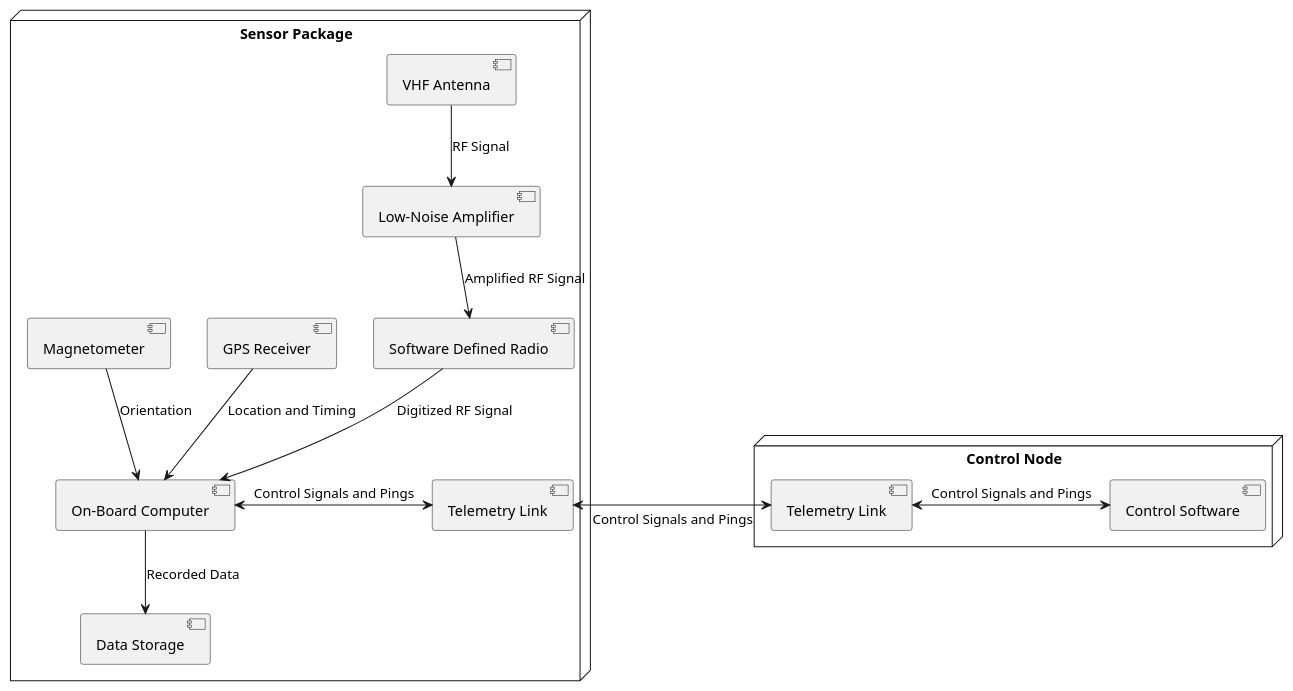
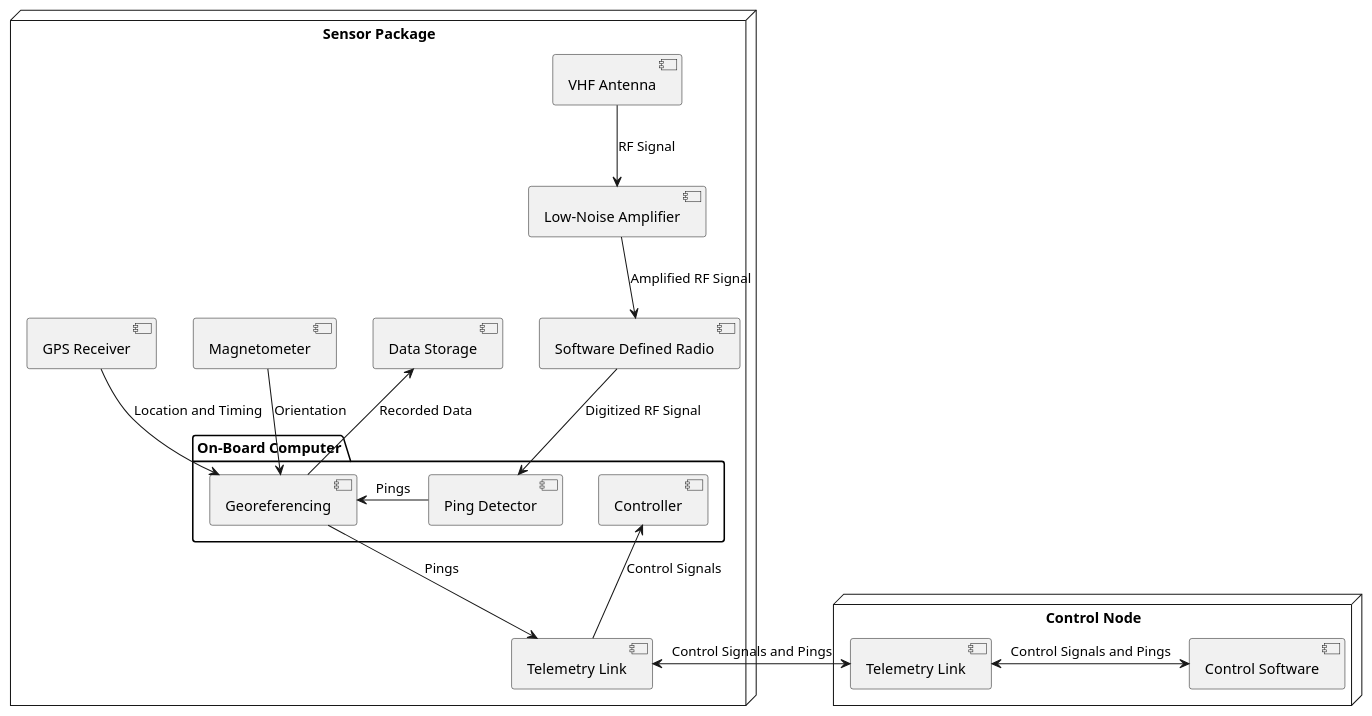
Before and after one commit to UCSD-E4E/radio-telemetry-tracker-docs: the first of 2 diagrams in notebook/system_components.md, drawn with PlantUML. The commit also changed 1 other file, not shown here.

Commit message:
feat: Updates diagrams, updates .gitignore

````diff
--- a/notebook/system_components.md
+++ b/notebook/system_components.md
@@ -3,32 +3,38 @@
 ```plantuml
 @startuml Functional System Components
 node "Sensor Package" {
-  [On-Board Computer] as obc
   [Software Defined Radio] as sdr
   [Low-Noise Amplifier] as lna
   [VHF Antenna] as ant
-  [Telemetry Link] as node_telem
   [Data Storage] as recorder
   [GPS Receiver] as gps
   [Magnetometer] as compass
+  package "On-Board Computer" {
+    [Ping Detector] as detector
+    [Georeferencing] as georeferencing
+    [Controller] as controller
+  }
+  [Telemetry Link] as node_telem
 
   ant --> lna : RF Signal
   lna --> sdr : Amplified RF Signal
-  sdr --> obc : Digitized RF Signal
-  gps --> obc : Location and Timing
-  compass --> obc : Orientation
-  obc <-> node_telem : Control Signals and Pings
-  obc --> recorder : Recorded Data
+  sdr --> detector : Digitized RF Signal
+  detector -> georeferencing : Pings
+  gps --> georeferencing : Location and Timing
+  compass --> georeferencing : Orientation
+  georeferencing -r-> node_telem : Pings
+  node_telem -u-> controller : Control Signals
+  georeferencing -u-> recorder : Recorded Data
 }
 
 node "Control Node" {
   [Control Software] as gcs
   [Telemetry Link] as gcs_telem
 
   gcs_telem <-> gcs : Control Signals and Pings
 }
 
-node_telem <-> gcs_telem : Control Signals and Pings
+node_telem <-l-> gcs_telem : Control Signals and Pings
 
 @enduml
 ```
````
